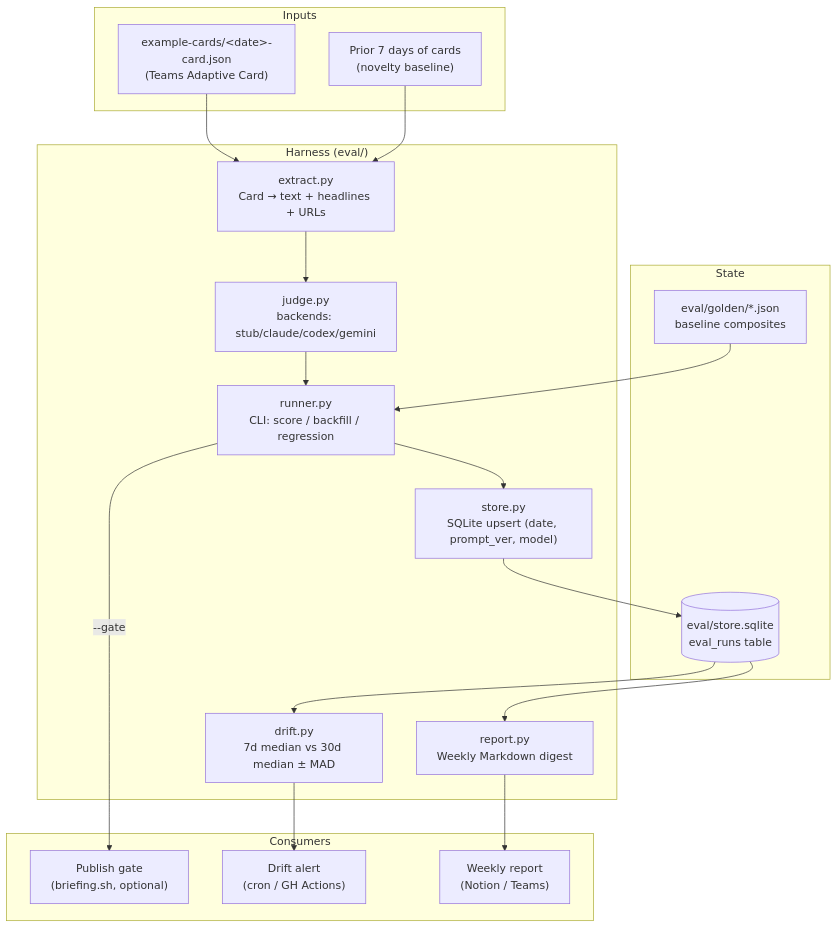
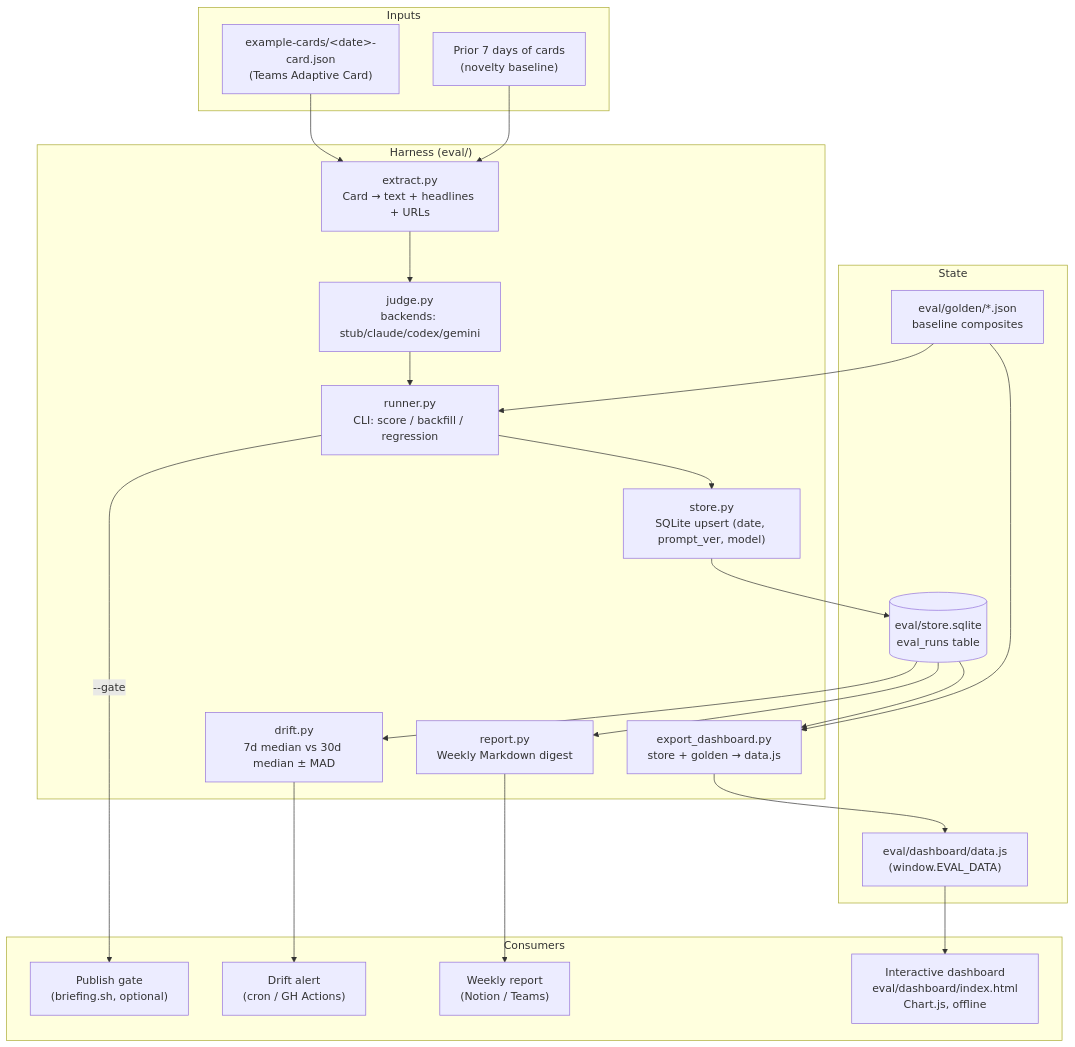
Before and after one commit to apelleg/freight-intel-brief: diagram 16 of 25 in ARCHITECTURE.md, drawn with Mermaid. The commit also changed other lines of this file and 44 other files, not shown here.

Commit message:
feat(docs): update README and documentation to include new eval dashboard and skills

````diff
--- a/ARCHITECTURE.md
+++ b/ARCHITECTURE.md
@@ -827,36 +984,41 @@
 ```mermaid
 flowchart TD
     subgraph "Inputs"
         CARD["example-cards/&lt;date&gt;-card.json<br/>(Teams Adaptive Card)"]
         PRIOR["Prior 7 days of cards<br/>(novelty baseline)"]
     end
 
     subgraph "Harness (eval/)"
         EX["extract.py<br/>Card → text + headlines + URLs"]
         JU["judge.py<br/>backends: stub/claude/codex/gemini"]
         ST["store.py<br/>SQLite upsert (date, prompt_ver, model)"]
         DR["drift.py<br/>7d median vs 30d median ± MAD"]
         RP["report.py<br/>Weekly Markdown digest"]
         RUN["runner.py<br/>CLI: score / backfill / regression"]
+        ED["export_dashboard.py<br/>store + golden → data.js"]
     end
 
     subgraph "State"
         DB[("eval/store.sqlite<br/>eval_runs table")]
         GOLD["eval/golden/*.json<br/>baseline composites"]
+        DJS["eval/dashboard/data.js<br/>(window.EVAL_DATA)"]
     end
 
     subgraph "Consumers"
         GATE["Publish gate<br/>(briefing.sh, optional)"]
         ALERT["Drift alert<br/>(cron / GH Actions)"]
-        DASH["Weekly report<br/>(Notion / Teams)"]
+        REP["Weekly report<br/>(Notion / Teams)"]
+        UI["Interactive dashboard<br/>eval/dashboard/index.html<br/>Chart.js, offline"]
     end
 
     CARD --> EX
     PRIOR --> EX
     EX --> JU --> RUN --> ST --> DB
 
     GOLD --> RUN
     DB --> DR --> ALERT
-    DB --> RP --> DASH
+    DB --> RP --> REP
+    DB --> ED --> DJS --> UI
+    GOLD --> ED
     RUN -- "--gate" --> GATE
 ```
````
